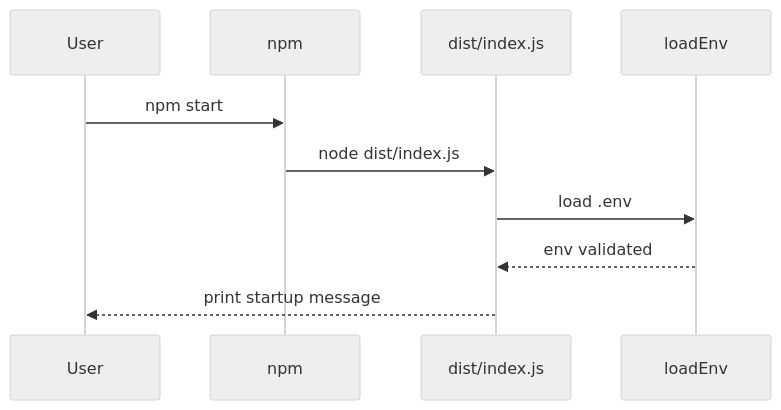
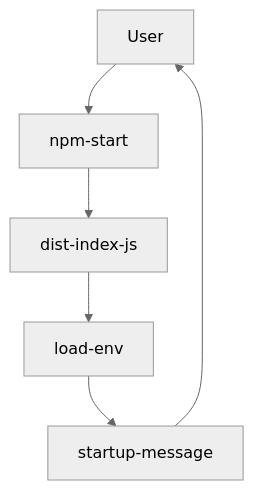
Before and after one commit to pandol69kim-bot/gitautopipe: the first of 8 diagrams in 프로그램 흐름도.md, drawn with Mermaid (neutral theme). The commit also changed other lines of this file and 1 other file, not shown here.

Commit message:
feat: Update project diagrams to improve Mermaid compatibility and clarity

````diff
--- a/프로그램 흐름도.md
+++ b/프로그램 흐름도.md
@@ -10,13 +10,13 @@
 ```mermaid
-sequenceDiagram
-  participant User as User
-  participant NPM as npm
-  participant Main as dist/index.js
-  participant Env as loadEnv
-
-  User->>NPM: npm start
-  NPM->>Main: node dist/index.js
-  Main->>Env: load .env
-  Env-->>Main: env validated
-  Main-->>User: print startup message
+graph TD
+User[User]
+NPM[npm-start]
+Main[dist-index-js]
+Env[load-env]
+Message[startup-message]
+User --> NPM
+NPM --> Main
+Main --> Env
+Env --> Message
+Message --> User
 ```
````
